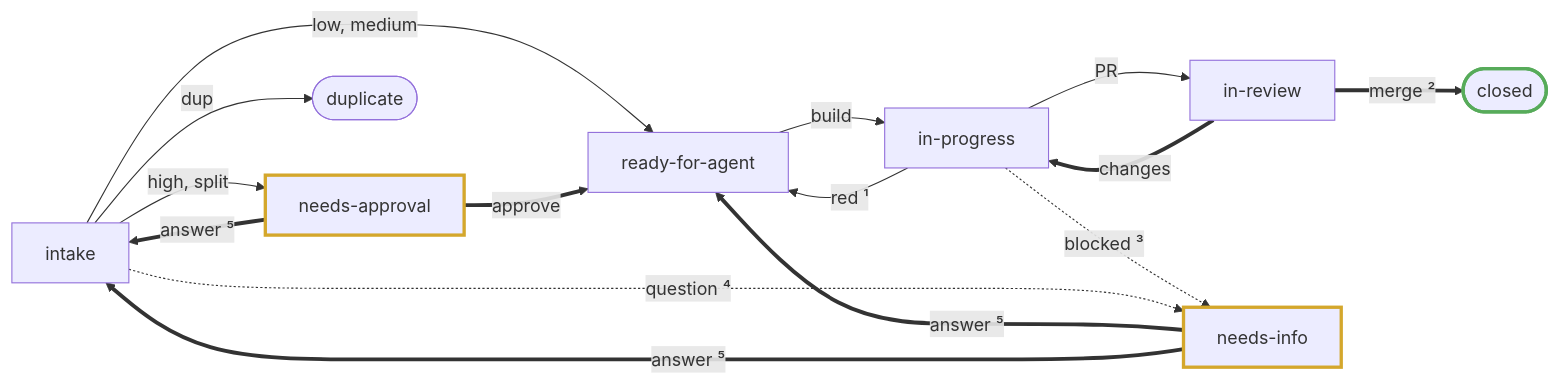
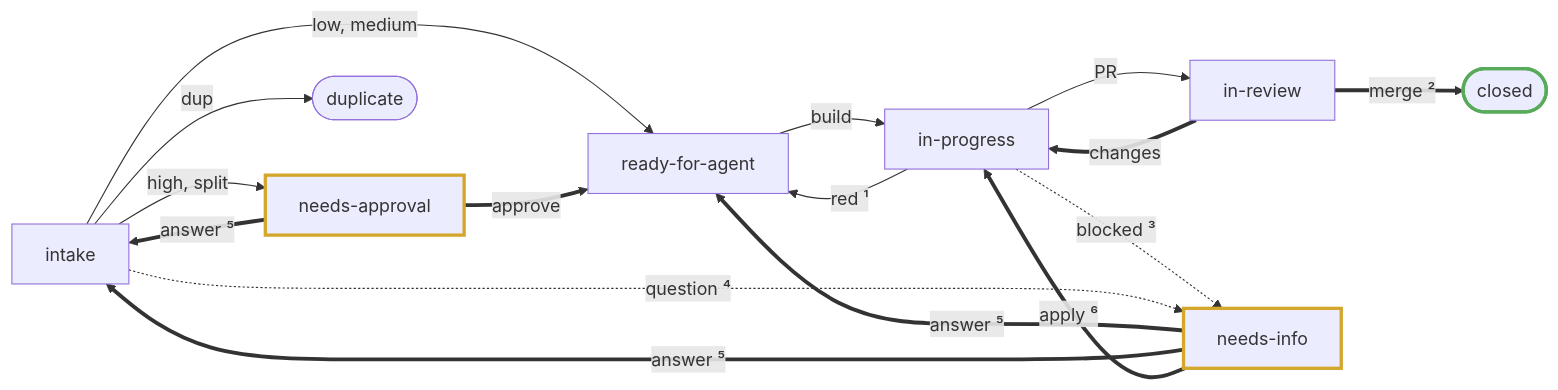
Before and after one commit to dvalnn/maestro: the first of 5 diagrams in docs/agents/factory.md, drawn with Mermaid. The commit also changed other lines of this file and 14 other files, not shown here.

````diff
--- a/docs/agents/factory.md
+++ b/docs/agents/factory.md
@@ -11,31 +12,32 @@
 ```mermaid
 flowchart LR
     IN["intake"]
     GATE["needs-approval"]
     Q["ready-for-agent"]
     B["in-progress"]
     R["in-review"]
     D(["closed"])
     DUP(["duplicate"])
     NI["needs-info"]
 
     IN -->|"low, medium"| Q
     IN -->|"high, split"| GATE
     IN -->|dup| DUP
     GATE ==>|approve| Q
     Q -->|build| B
     B -->|PR| R
     B -->|"red ¹"| Q
     R ==>|"merge ²"| D
     R ==>|changes| B
     B -.->|"blocked ³"| NI
     IN -.->|"question ⁴"| NI
     NI ==>|"answer ⁵"| Q
     NI ==>|"answer ⁵"| IN
+    NI ==>|"apply ⁶"| B
     GATE ==>|"answer ⁵"| IN
 
     classDef owner stroke:#d4a72c,stroke-width:3px
     classDef done stroke:#57ab5a,stroke-width:3px
     class GATE,NI owner
     class D done
 ```
````
